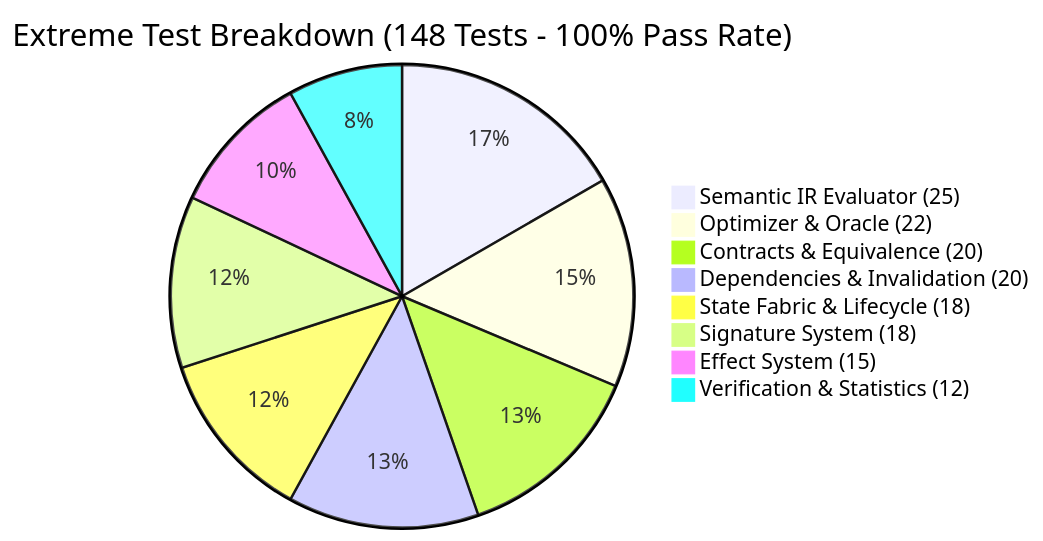
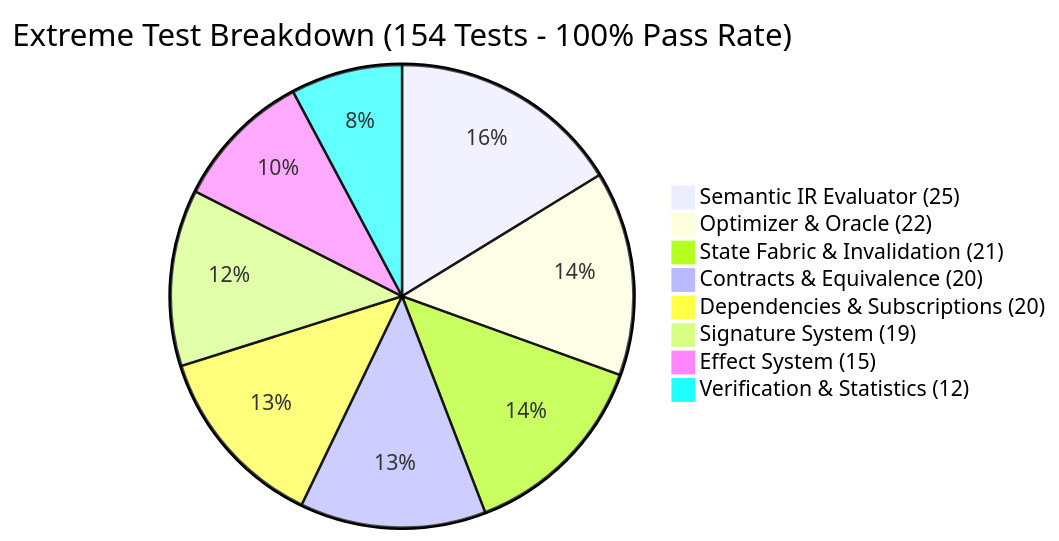
Before and after one commit to PrivateAccount-01/CNE: the second of 2 diagrams in README.md, drawn with Mermaid. The commit also changed other lines of this file and 18 other files, not shown here.

First line of the commit message:
fix(core,bench): resolve 9 architectural defects and reconcile benchmarks

````diff
--- a/README.md
+++ b/README.md
@@ -89,11 +89,11 @@
 ```mermaid
-pie title Extreme Test Breakdown (148 Tests - 100% Pass Rate)
+pie title Extreme Test Breakdown (154 Tests - 100% Pass Rate)
     "Semantic IR Evaluator (25)" : 25
     "Optimizer & Oracle (22)" : 22
+    "State Fabric & Invalidation (21)" : 21
     "Contracts & Equivalence (20)" : 20
-    "Dependencies & Invalidation (20)" : 20
-    "State Fabric & Lifecycle (18)" : 18
-    "Signature System (18)" : 18
+    "Dependencies & Subscriptions (20)" : 20
+    "Signature System (19)" : 19
     "Effect System (15)" : 15
     "Verification & Statistics (12)" : 12
 ```
````
